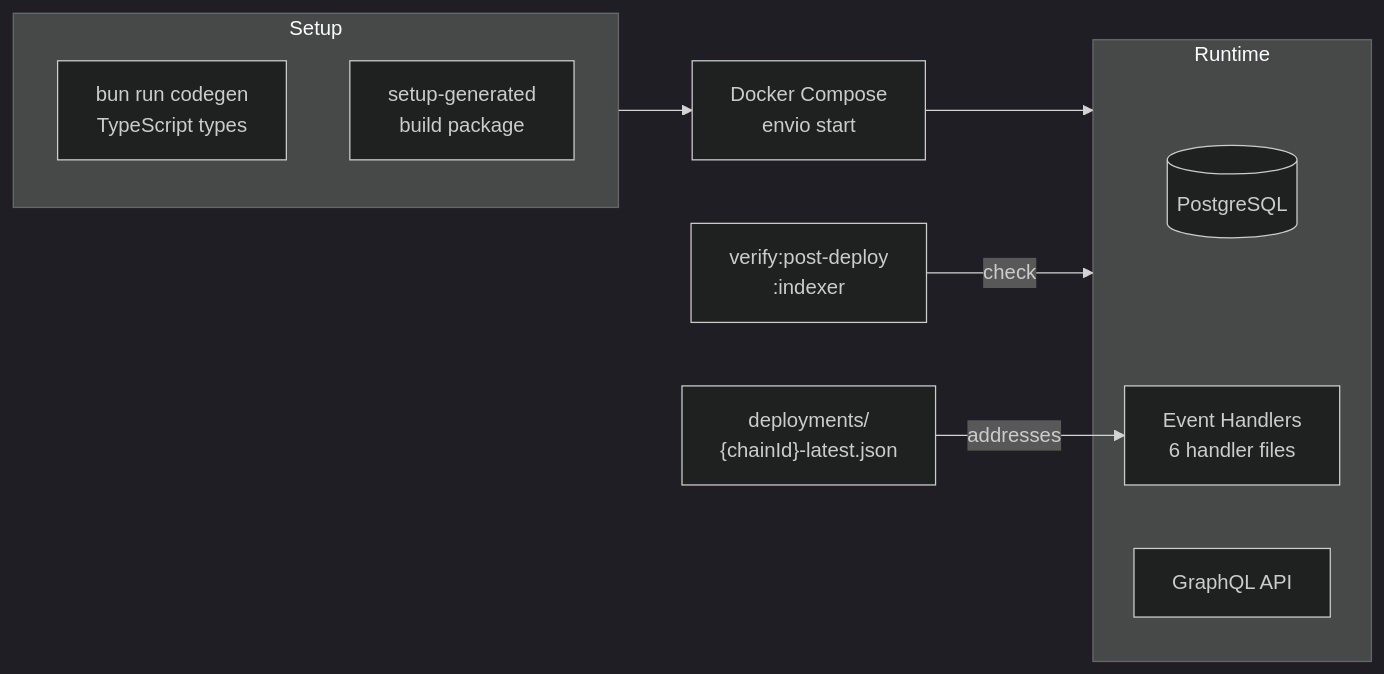
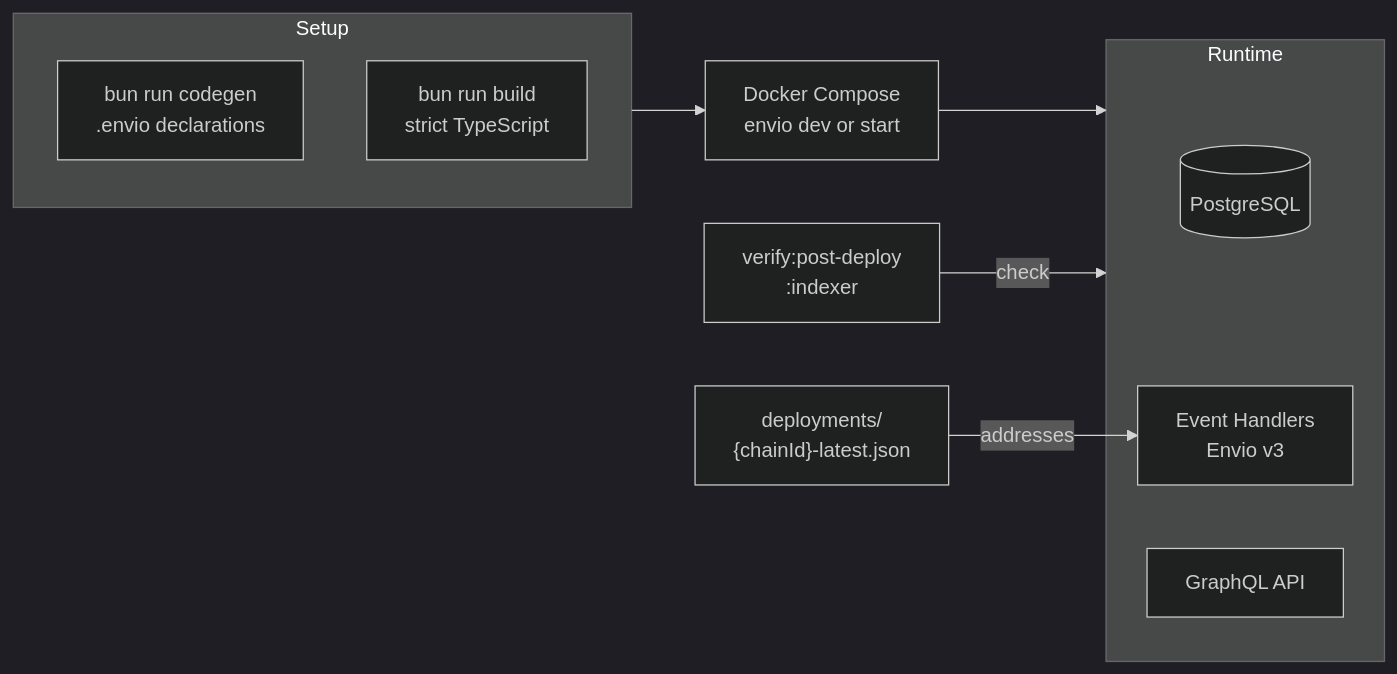
One commit to greenpill-dev-guild/green-goods changed the diagram in docs/docs/builders/deployments/indexer-deploy.mdx. Above: the diagram before and after it, drawn with Mermaid (dark theme). The commit also changed other lines of this file and 72 other files, not shown here.

````diff
--- a/docs/docs/builders/deployments/indexer-deploy.mdx
+++ b/docs/docs/builders/deployments/indexer-deploy.mdx
@@ -22,20 +22,20 @@
 ```mermaid
 graph LR
     subgraph Setup
-        CG["bun run codegen\nTypeScript types"]
-        SG["setup-generated\nbuild package"]
+        CG["bun run codegen\n.envio declarations"]
+        SG["bun run build\nstrict TypeScript"]
     end
 
-    Setup --> Docker["Docker Compose\nenvio start"]
+    Setup --> Docker["Docker Compose\nenvio dev or start"]
 
     subgraph Runtime
         PG[("PostgreSQL")]
-        Handlers["Event Handlers\n6 handler files"]
+        Handlers["Event Handlers\nEnvio v3"]
         GQL["GraphQL API"]
     end
 
     Docker --> Runtime
     Artifacts["deployments/\n{chainId}-latest.json"] -->|addresses| Handlers
 
     Verify["verify:post-deploy\n:indexer"] -->|check| Runtime
 ```
````
